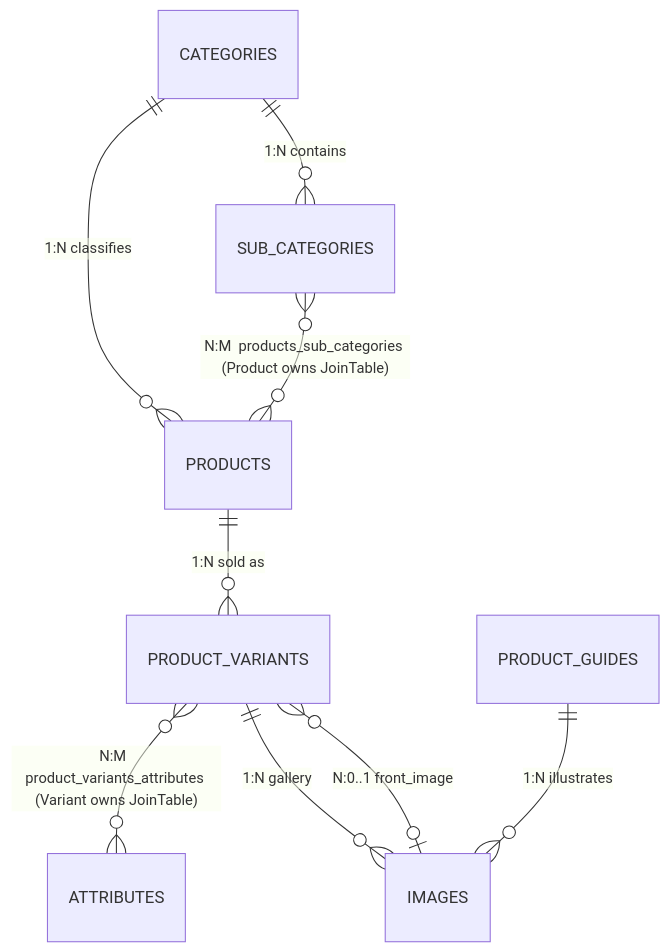
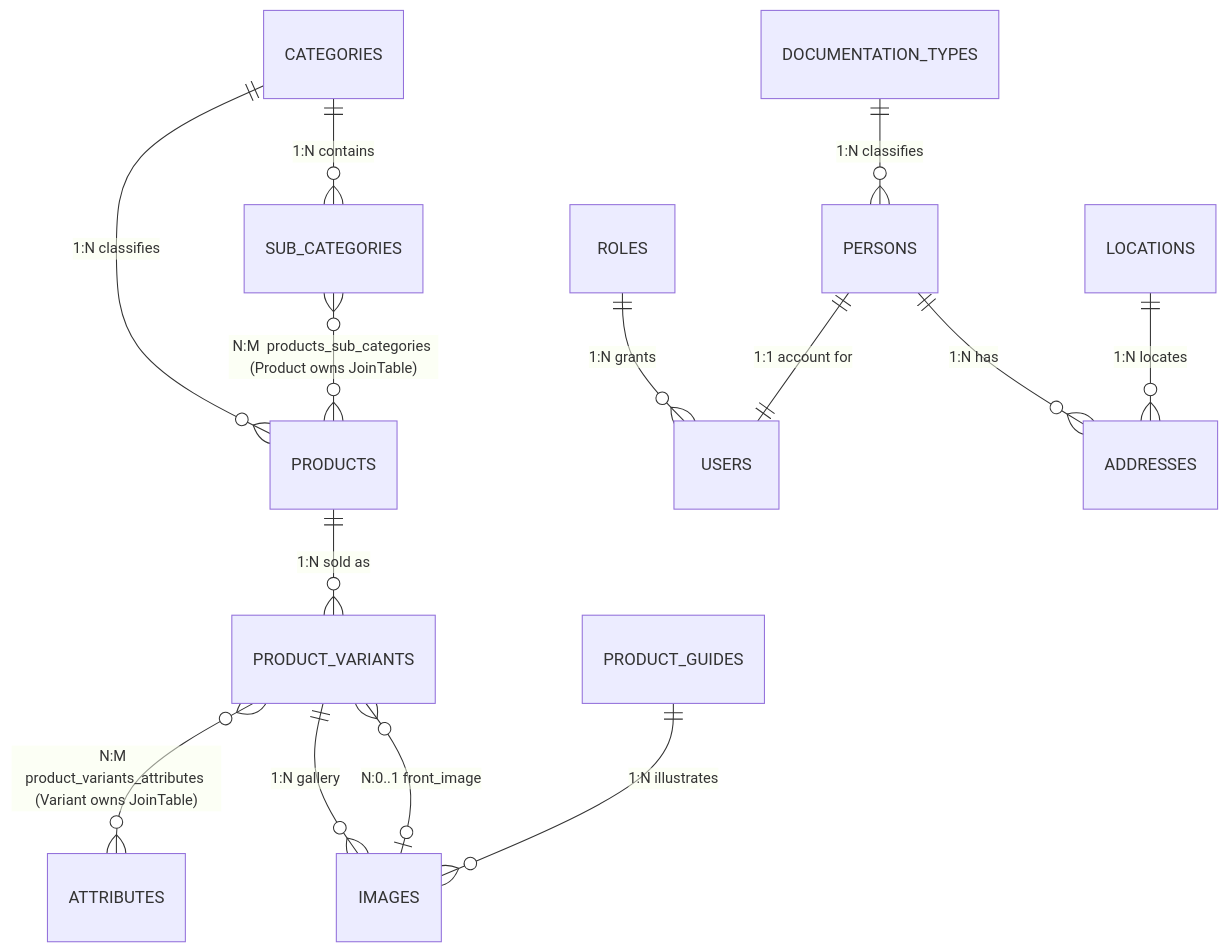
Before and after one commit to CharlyCMz/violet-lilium-backend: the diagram in docs/03-domain-model.md, drawn with Mermaid. The commit also changed other lines of this file and 42 other files, not shown here.

First line of the commit message:
feat: add users domain with locations bulk upload and input hardening

````diff
--- a/docs/03-domain-model.md
+++ b/docs/03-domain-model.md
@@ -16,11 +17,16 @@
 ```mermaid
 erDiagram
     CATEGORIES ||--o{ SUB_CATEGORIES : "1:N  contains"
     CATEGORIES ||--o{ PRODUCTS : "1:N  classifies"
     SUB_CATEGORIES }o--o{ PRODUCTS : "N:M  products_sub_categories (Product owns JoinTable)"
     PRODUCTS ||--o{ PRODUCT_VARIANTS : "1:N  sold as"
     PRODUCT_VARIANTS }o--o{ ATTRIBUTES : "N:M  product_variants_attributes (Variant owns JoinTable)"
     PRODUCT_VARIANTS ||--o{ IMAGES : "1:N  gallery"
     PRODUCT_VARIANTS }o--o| IMAGES : "N:0..1  front_image"
     PRODUCT_GUIDES ||--o{ IMAGES : "1:N  illustrates"
+    ROLES ||--o{ USERS : "1:N  grants"
+    PERSONS ||--|| USERS : "1:1  account for"
+    DOCUMENTATION_TYPES ||--o{ PERSONS : "1:N  classifies"
+    PERSONS ||--o{ ADDRESSES : "1:N  has"
+    LOCATIONS ||--o{ ADDRESSES : "1:N  locates"
 ```
````
